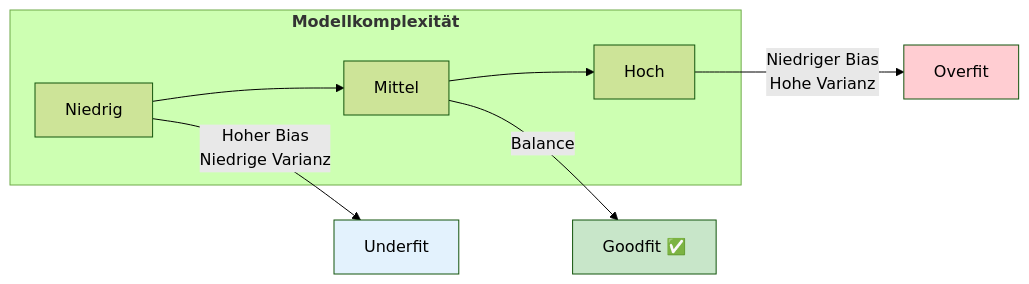
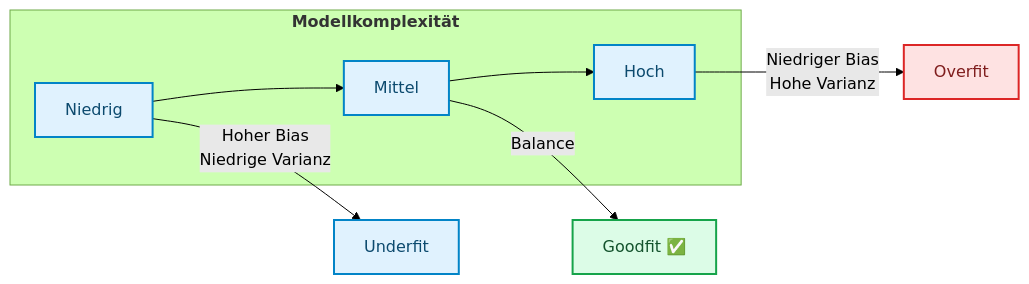
One commit to ralf-42/ML_Intro changed the fourth of 7 diagrams in docs/concepts/evaluate/overfitting.md. Above: the diagram before and after it, drawn with Mermaid (forest theme). The commit also changed other lines of this file and 67 other files, not shown here.

````diff
--- a/docs/concepts/evaluate/overfitting.md
+++ b/docs/concepts/evaluate/overfitting.md
@@ -146,14 +145,16 @@
 ```mermaid
 flowchart LR
     subgraph tradeoff["<b>Modellkomplexität"]
         LOW["Niedrig"] --> MED["Mittel"] --> HIGH["Hoch"]
     end
     
     LOW --> |"Hoher Bias<br/>Niedrige Varianz"| UF["Underfit"]
     HIGH --> |"Niedriger Bias<br/>Hohe Varianz"| OF["Overfit"]
     MED --> |"Balance"| GF["Goodfit ✅"]
-    
-    style UF fill:#e3f2fd
-    style OF fill:#ffcdd2
-    style GF fill:#c8e6c9
+
+    classDef default fill:#e0f2fe,stroke:#0284c7,stroke-width:2px,color:#0c4a6e;
+    classDef output fill:#dcfce7,stroke:#16a34a,stroke-width:2px,color:#14532d;
+    classDef stop fill:#fee2e2,stroke:#dc2626,stroke-width:2px,color:#7f1d1d;
+    class GF output;
+    class OF stop;
 ```
````
